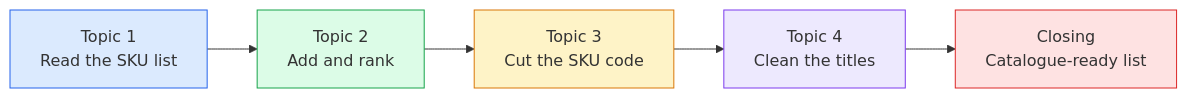
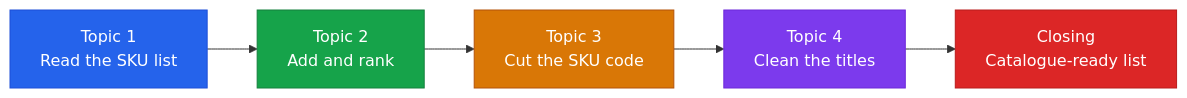
The diagram in IITP-AIDA-EN-III-2610/module-01-data-sql-foundations/lecture-05-lists-and-string-handling/lecture-script.md (ayaznoori/Ayaz_Curriculum), drawn with Mermaid before and after one commit. The commit also changed 7 other files, not shown here.

First line of the commit message:
Use white Mermaid node labels on saturated fills.

````diff
--- a/IITP-AIDA-EN-III-2610/module-01-data-sql-foundations/lecture-05-lists-and-string-handling/lecture-script.md
+++ b/IITP-AIDA-EN-III-2610/module-01-data-sql-foundations/lecture-05-lists-and-string-handling/lecture-script.md
@@ -57,12 +57,12 @@
 ```mermaid
 flowchart LR
     A["Topic 1<br>Read the SKU list"] --> B["Topic 2<br>Add and rank"]
     B --> C["Topic 3<br>Cut the SKU code"]
     C --> D["Topic 4<br>Clean the titles"]
     D --> E["Closing<br>Catalogue-ready list"]
-    style A fill:#dbeafe,stroke:#2563eb
-    style B fill:#dcfce7,stroke:#16a34a
-    style C fill:#fef3c7,stroke:#d97706
-    style D fill:#ede9fe,stroke:#7c3aed
-    style E fill:#fee2e2,stroke:#dc2626
+    style A fill:#2563eb,stroke:#1d4ed8,color:#ffffff
+    style B fill:#16a34a,stroke:#15803d,color:#ffffff
+    style C fill:#d97706,stroke:#b45309,color:#ffffff
+    style D fill:#7c3aed,stroke:#6d28d9,color:#ffffff
+    style E fill:#dc2626,stroke:#b91c1c,color:#ffffff
 ```
````
